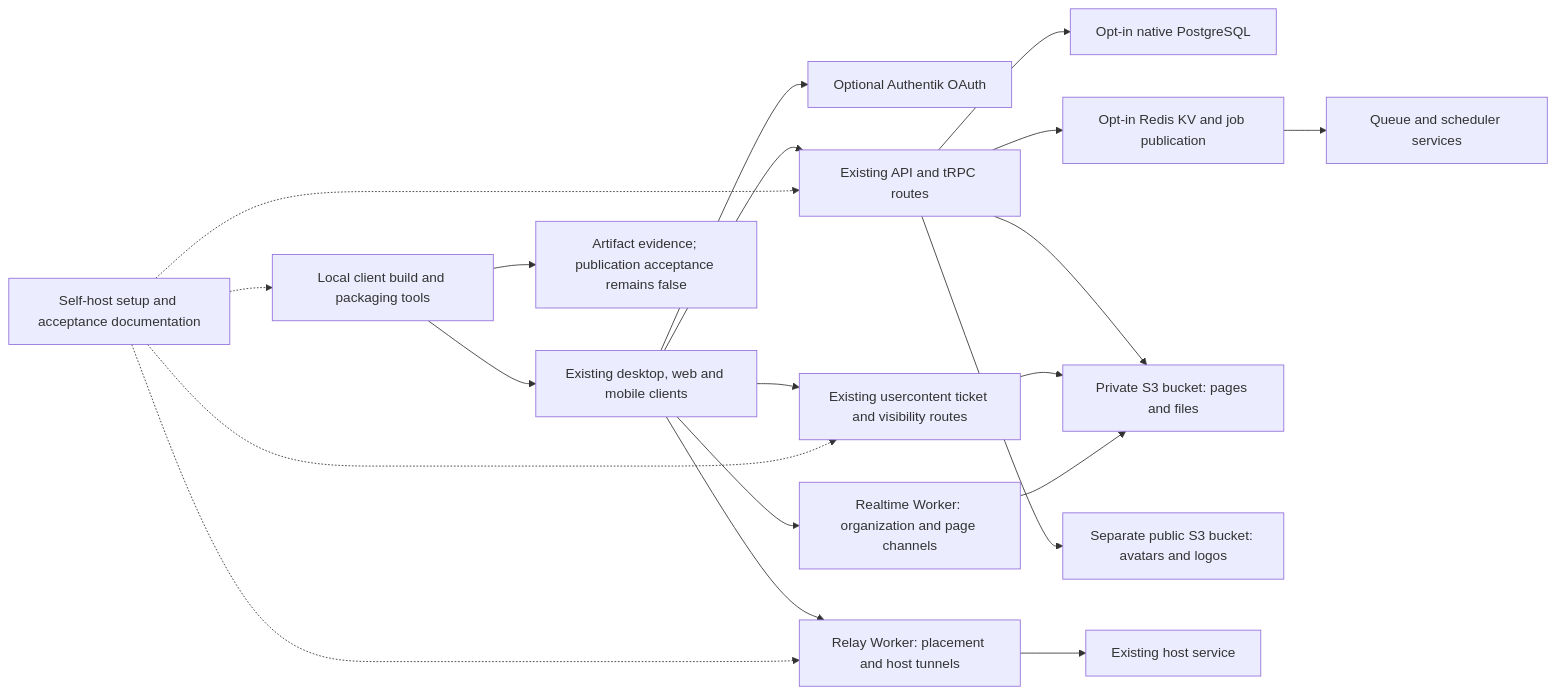
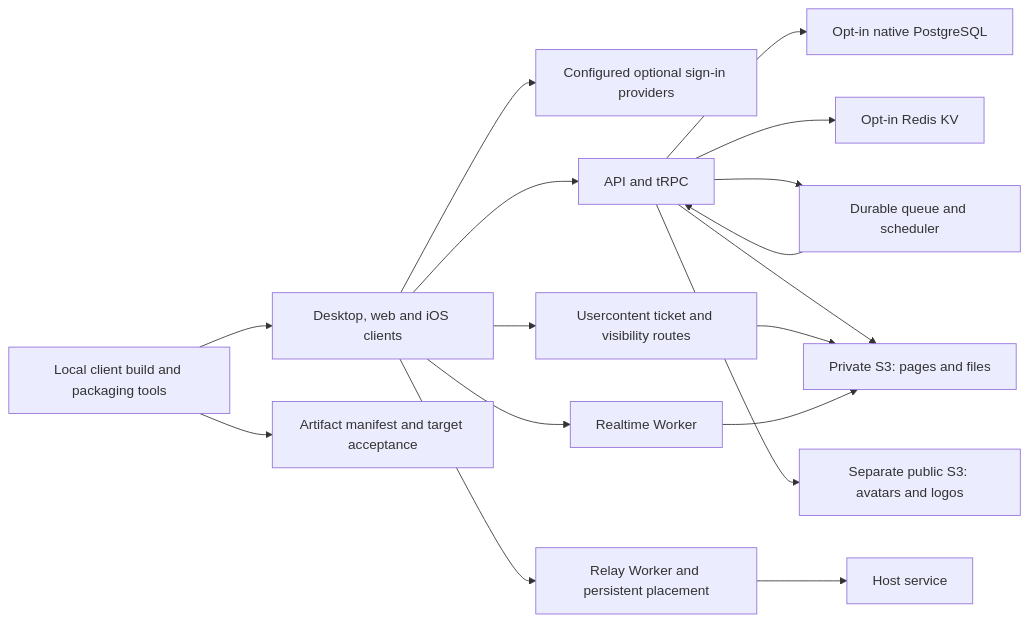
One commit to temporaryfix/superset changed the diagram in selfhost-visual-overview.md. Above: the diagram before and after it, drawn with Mermaid. The commit also changed other lines of this file and 4 other files, not shown here.

Commit message:
docs: record completed GitLab and self-host acceptance

````diff
--- a/selfhost-visual-overview.md
+++ b/selfhost-visual-overview.md
@@ -5,22 +9,19 @@
 ```mermaid
 flowchart LR
-  Clients["Existing desktop, web and mobile clients"] --> Auth["Optional Authentik OAuth"]
-  Clients --> API["Existing API and tRPC routes"]
+  Clients["Desktop, web and iOS clients"] --> Auth["Configured optional sign-in providers"]
+  Clients --> API["API and tRPC"]
   API --> DB["Opt-in native PostgreSQL"]
-  API --> KV["Opt-in Redis KV and job publication"]
-  KV --> Jobs["Queue and scheduler services"]
-  API --> Private["Private S3 bucket: pages and files"]
-  API --> Public["Separate public S3 bucket: avatars and logos"]
-  Clients --> Content["Existing usercontent ticket and visibility routes"]
+  API --> KV["Opt-in Redis KV"]
+  API --> Queue["Durable queue and scheduler"]
+  Queue --> API
+  API --> Private["Private S3: pages and files"]
+  API --> Public["Separate public S3: avatars and logos"]
+  Clients --> Content["Usercontent ticket and visibility routes"]
   Content --> Private
-  Clients --> Realtime["Realtime Worker: organization and page channels"]
+  Clients --> Realtime["Realtime Worker"]
   Realtime --> Private
-  Clients --> Relay["Relay Worker: placement and host tunnels"]
-  Relay --> Hosts["Existing host service"]
+  Clients --> Relay["Relay Worker and persistent placement"]
+  Relay --> Host["Host service"]
   Tools["Local client build and packaging tools"] --> Clients
-  Tools --> Evidence["Artifact evidence; publication acceptance remains false"]
-  Docs["Self-host setup and acceptance documentation"] -.-> API
-  Docs -.-> Content
-  Docs -.-> Relay
-  Docs -.-> Tools
+  Tools --> Evidence["Artifact manifest and target acceptance"]
 ```
````
